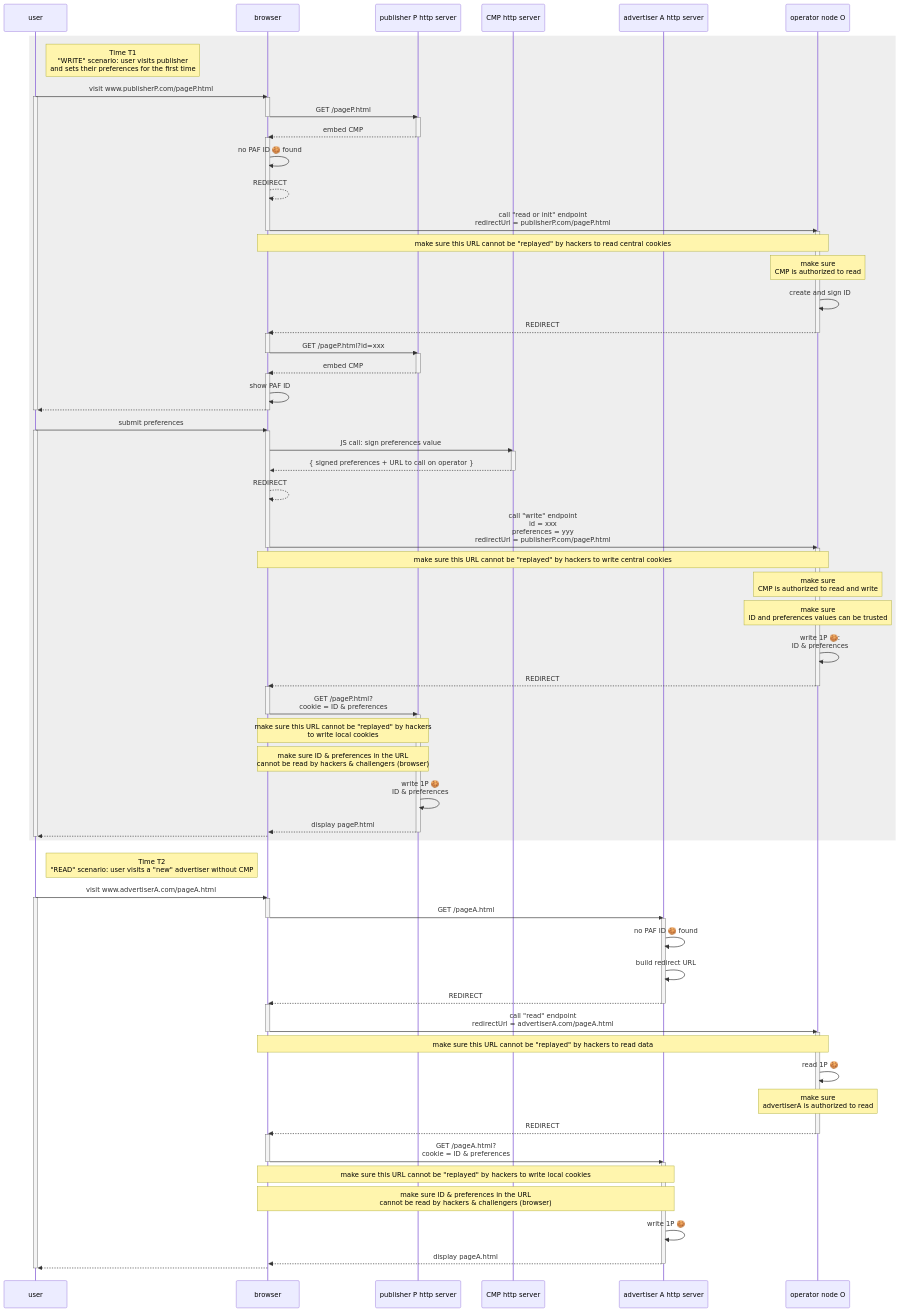
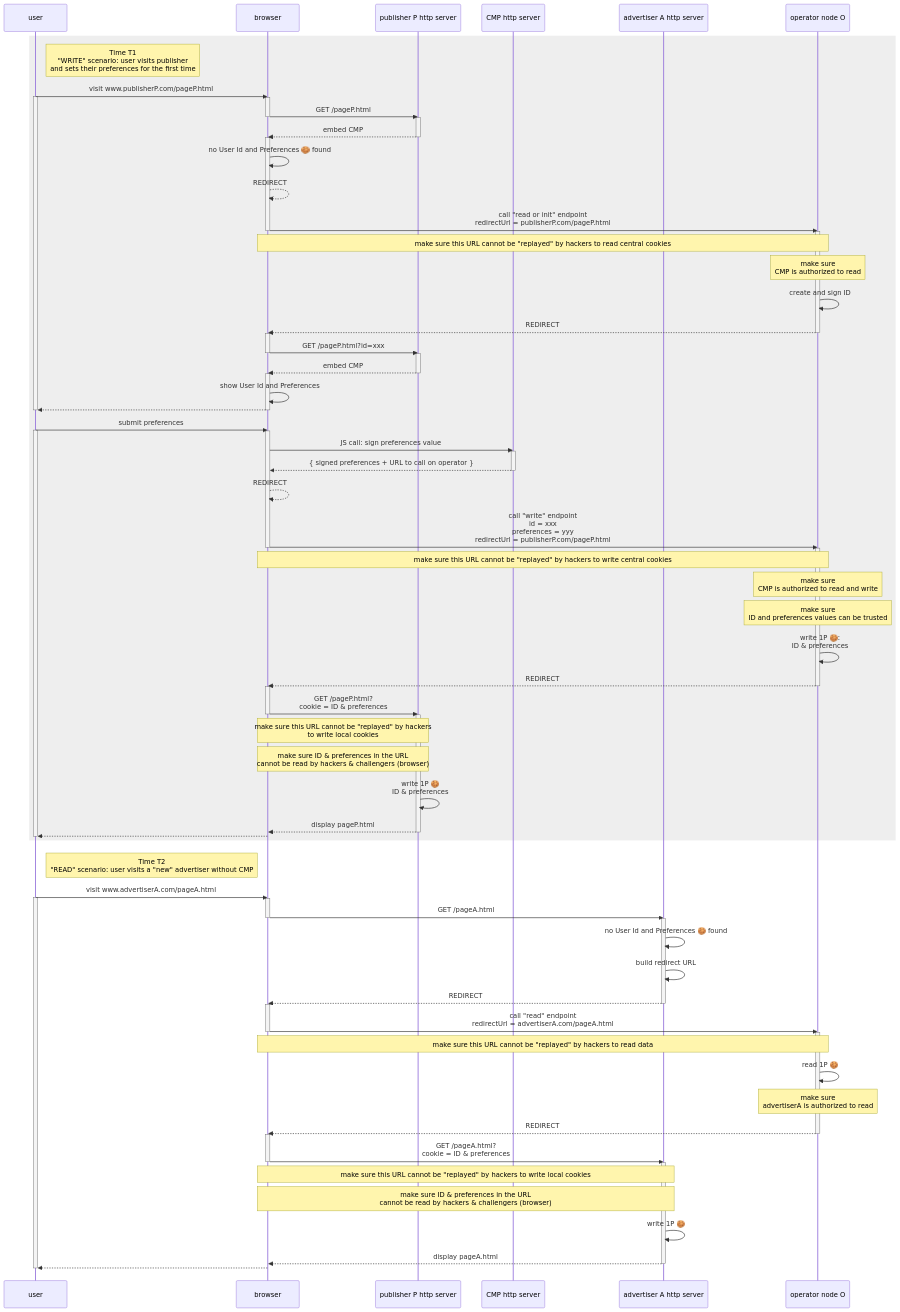
One commit to OneKey-Network/addressability-framework changed the second of 2 diagrams in mvp-spec/operator-requirements.md. Above: the diagram before and after it, drawn with Mermaid. The commit also changed other lines of this file, not shown here.

```diff
--- a/mvp-spec/operator-requirements.md
+++ b/mvp-spec/operator-requirements.md
@@ -214,7 +213,7 @@
         deactivate P
 
         activate B
-            B ->> B: no PAF ID 🍪 found
+            B ->> B: no User Id and Preferences 🍪 found
             B -->> B: REDIRECT
             B ->> O: call "read or init" endpoint<br/>redirectUrl = publisherP.com/pageP.html
         deactivate B
@@ -235,7 +234,7 @@
         deactivate P
 
         activate B
-            B ->> B: show PAF ID
+            B ->> B: show User Id and Preferences
             B -->> U:  
         deactivate B
 
@@ -291,7 +290,7 @@
         deactivate B
 
         activate A
-            A ->> A: no PAF ID 🍪 found
+            A ->> A: no User Id and Preferences 🍪 found
             A ->> A: build redirect URL
             A -->> B: REDIRECT
         deactivate A
```
